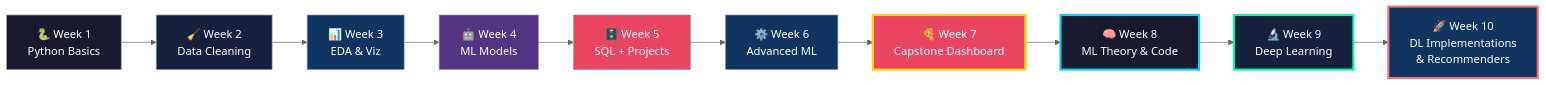
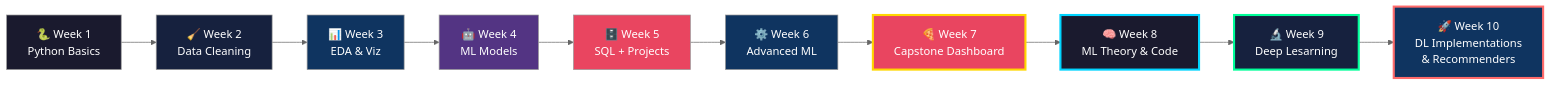
Before and after one commit to AnanyaMangaj/Internship-Tasks: the diagram in README.md, drawn with Mermaid (neutral theme).

````diff
--- a/README.md
+++ b/README.md
@@ -40,23 +40,23 @@
 ```mermaid
 graph LR
     A[🐍 Week 1\nPython Basics] --> B[🧹 Week 2\nData Cleaning]
     B --> C[📊 Week 3\nEDA & Viz]
     C --> D[🤖 Week 4\nML Models]
     D --> E[🗄️ Week 5\nSQL + Projects]
     E --> F[⚙️ Week 6\nAdvanced ML]
     F --> G[🍕 Week 7\nCapstone Dashboard]
     G --> H[🧠 Week 8\nML Theory & Code]
-    H --> I[🔬 Week 9\nDeep Learning]
+    H --> I[🔬 Week 9\nDeep Lesarning]
     I --> J[🚀 Week 10\nDL Implementations\n& Recommenders]
 
     style A fill:#1a1a2e,color:#fff
     style B fill:#16213e,color:#fff
     style C fill:#0f3460,color:#fff
     style D fill:#533483,color:#fff
     style E fill:#e94560,color:#fff
     style F fill:#0f3460,color:#fff
     style G fill:#e94560,color:#fff,stroke:#FFD700,stroke-width:3px
     style H fill:#1a1a2e,color:#fff,stroke:#00D4FF,stroke-width:3px
     style I fill:#16213e,color:#fff,stroke:#00FF99,stroke-width:3px
     style J fill:#0f3460,color:#fff,stroke:#FF6B6B,stroke-width:3px
 ```
````
